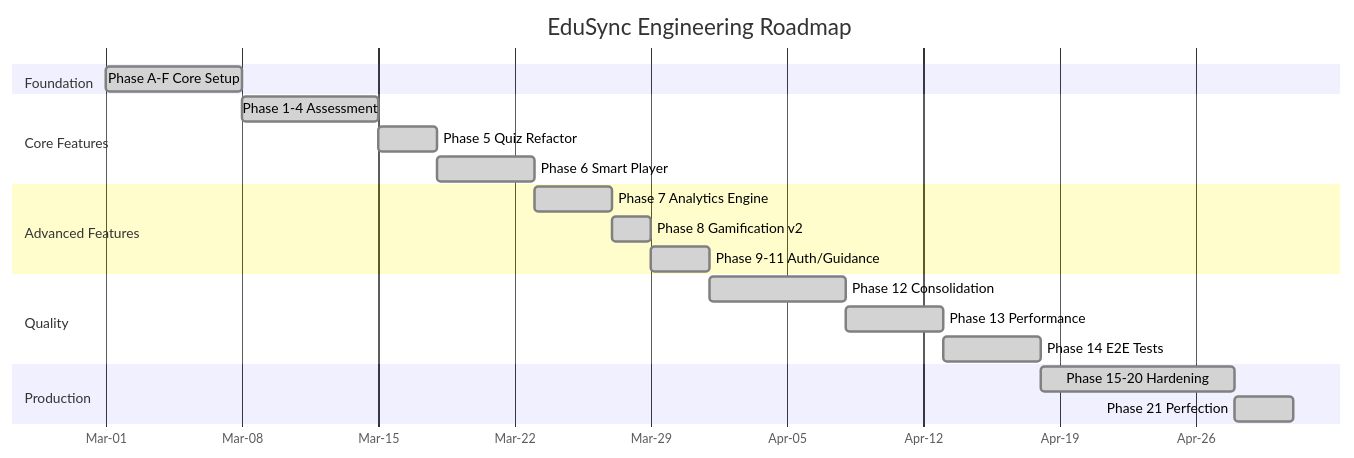
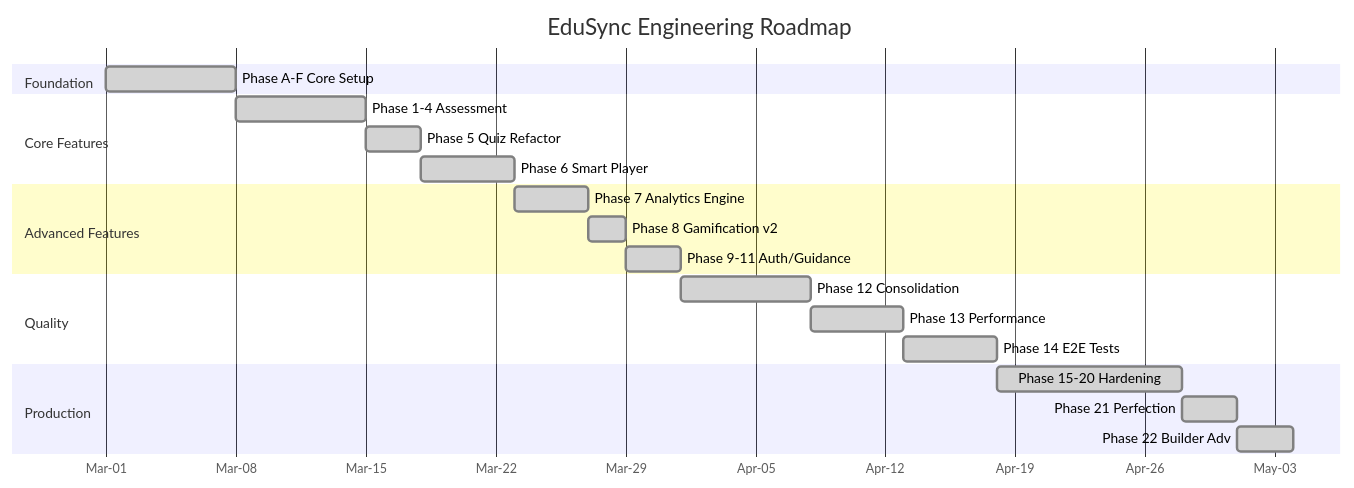
Before and after one commit to AI-Powered-Edtech/LMS: the diagram in docs/ENGINEERING_ROADMAP.md, drawn with Mermaid. The commit also changed other lines of this file and 315 other files, not shown here.

````diff
--- a/docs/ENGINEERING_ROADMAP.md
+++ b/docs/ENGINEERING_ROADMAP.md
@@ -58,28 +59,29 @@
 ```mermaid
 gantt
     title EduSync Engineering Roadmap
     dateFormat YYYY-MM-DD
     axisFormat %b-%d
 
     section Foundation
     Phase A-F Core Setup     :done, pa, 2026-03-01, 7d
 
     section Core Features
     Phase 1-4 Assessment     :done, p14, 2026-03-08, 7d
     Phase 5 Quiz Refactor    :done, p5, after p14, 3d
     Phase 6 Smart Player     :done, p6, after p5, 5d
 
     section Advanced Features
     Phase 7 Analytics Engine :done, p7, after p6, 4d
     Phase 8 Gamification v2  :done, p8, after p7, 2d
     Phase 9-11 Auth/Guidance :done, p9, after p8, 3d
 
     section Quality
     Phase 12 Consolidation   :done, p12, after p9, 7d
     Phase 13 Performance     :done, p13, after p12, 5d
     Phase 14 E2E Tests       :done, p14b, after p13, 5d
 
     section Production
     Phase 15-20 Hardening    :done, p15, after p14b, 10d
     Phase 21 Perfection      :done, p21, after p15, 3d
+    Phase 22 Builder Adv     :done, p22, after p21, 3d
 ```
````
